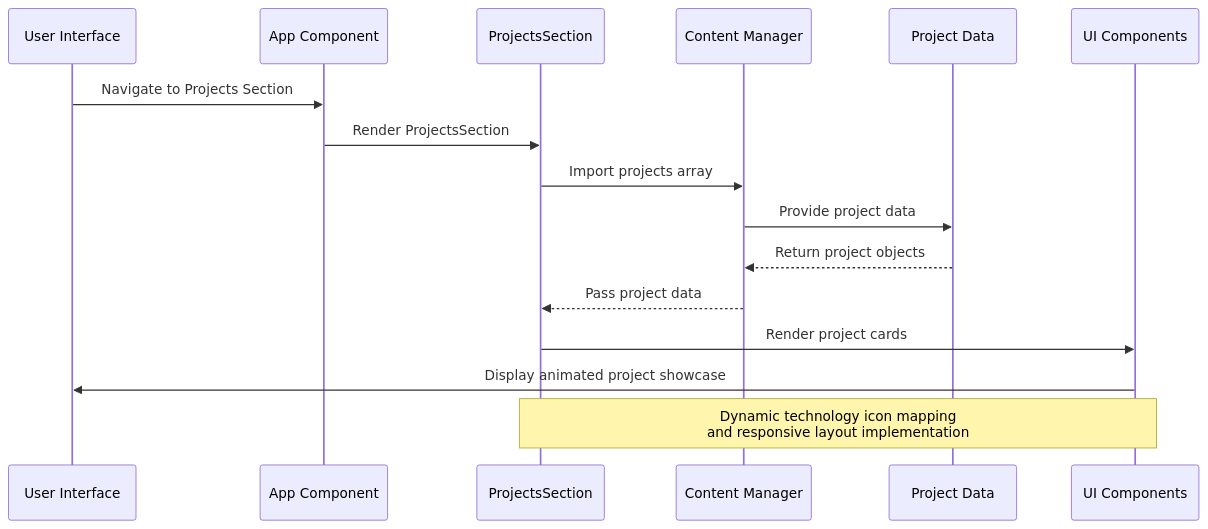
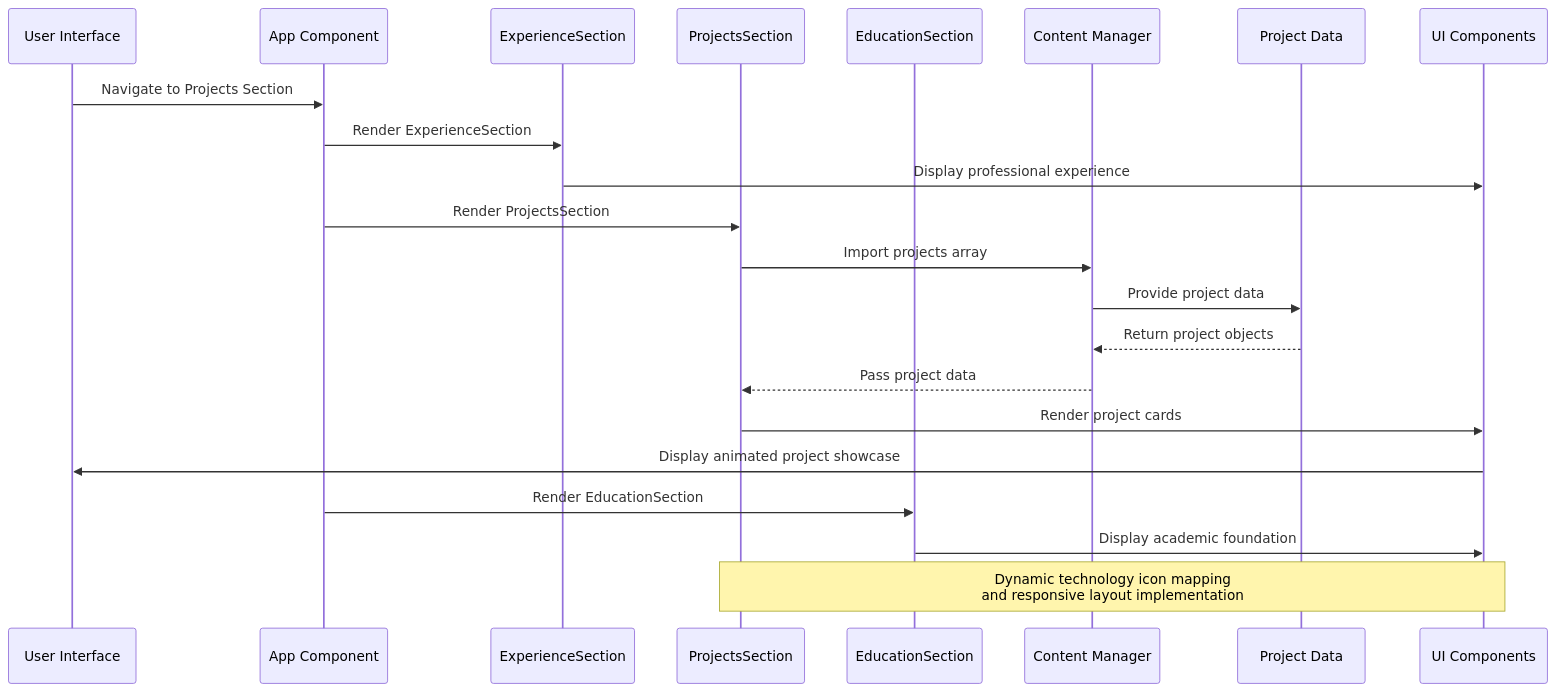
The second of 7 diagrams in .qoder/repowiki/en/content/Component Library & UI Elements/ProjectsSection Component.md (subash7781/Portfolio), drawn with Mermaid before and after one commit. The commit also changed other lines of this file and 5 other files, not shown here.

````diff
--- a/.qoder/repowiki/en/content/Component Library & UI Elements/ProjectsSection Component.md
+++ b/.qoder/repowiki/en/content/Component Library & UI Elements/ProjectsSection Component.md
@@ -104,18 +118,24 @@
 ```mermaid
 sequenceDiagram
 participant User as User Interface
 participant App as App Component
+participant Experience as ExperienceSection
 participant Projects as ProjectsSection
+participant Education as EducationSection
 participant Content as Content Manager
 participant Data as Project Data
 participant UI as UI Components
 User->>App : Navigate to Projects Section
+App->>Experience : Render ExperienceSection
+Experience->>UI : Display professional experience
 App->>Projects : Render ProjectsSection
 Projects->>Content : Import projects array
 Content->>Data : Provide project data
 Data-->>Content : Return project objects
 Content-->>Projects : Pass project data
 Projects->>UI : Render project cards
 UI->>User : Display animated project showcase
+App->>Education : Render EducationSection
+Education->>UI : Display academic foundation
 Note over Projects,UI : Dynamic technology icon mapping<br/>and responsive layout implementation
 ```
````
